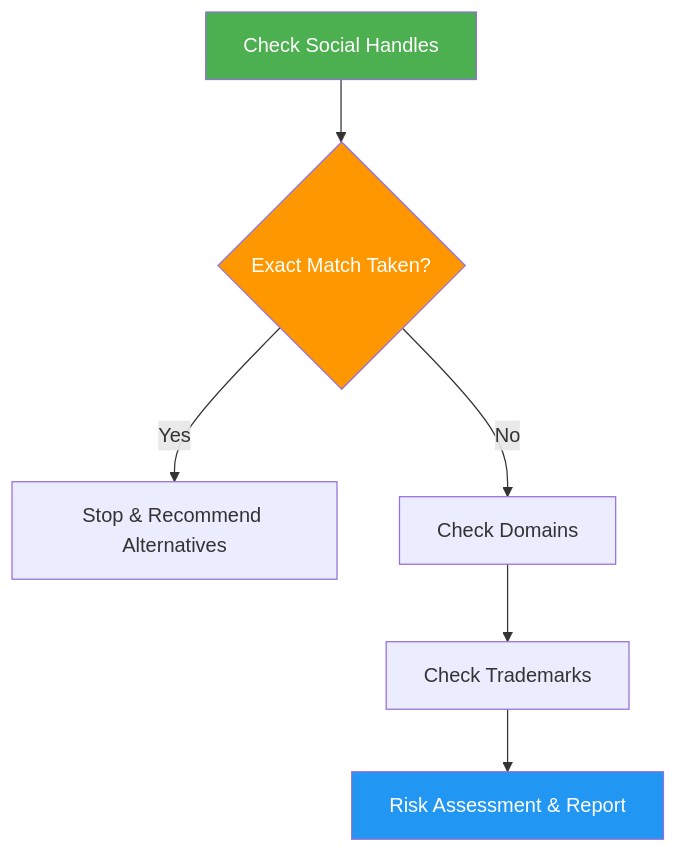
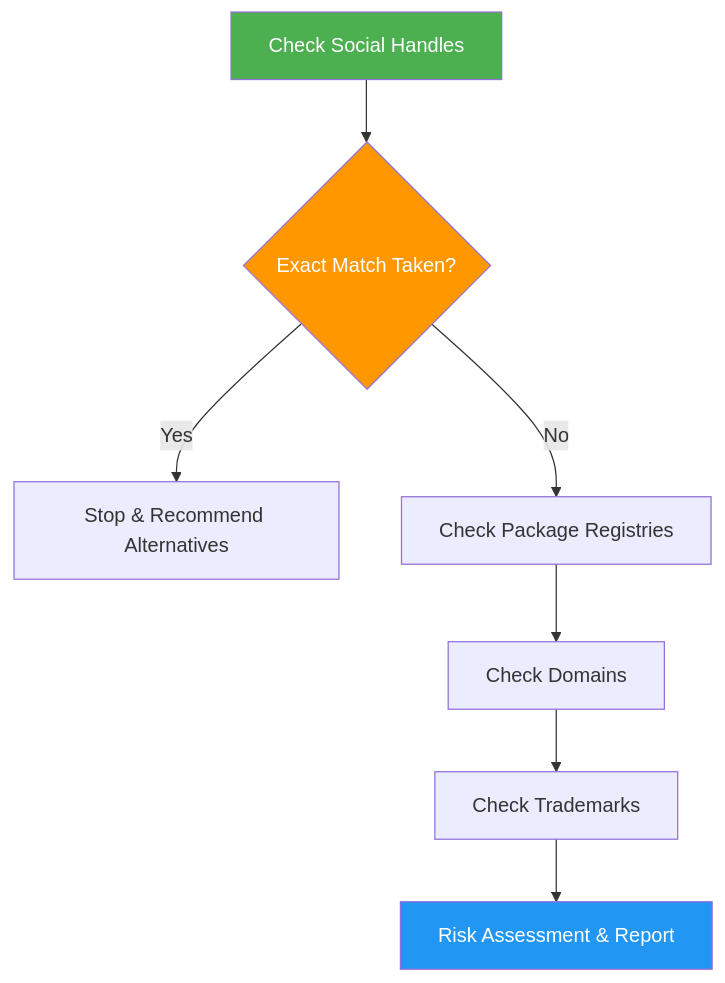
One commit to luongnv89/skills changed the diagram in skills/name-checker/README.md. Above: the diagram before and after it, drawn with Mermaid. The commit also changed other lines of this file and 1 other file, not shown here.

First line of the commit message:
feat(name-checker): add package registry checks (npm, PyPI, Homebrew, apt)

````diff
--- a/skills/name-checker/README.md
+++ b/skills/name-checker/README.md
@@ -22,11 +25,12 @@
 ```mermaid
 graph TD
     A["Check Social Handles"] --> B{"Exact Match Taken?"}
     B -->|Yes| C["Stop & Recommend Alternatives"]
-    B -->|No| D["Check Domains"]
-    D --> E["Check Trademarks"]
-    E --> F["Risk Assessment & Report"]
+    B -->|No| D["Check Package Registries"]
+    D --> E["Check Domains"]
+    E --> G["Check Trademarks"]
+    G --> H["Risk Assessment & Report"]
     style A fill:#4CAF50,color:#fff
     style B fill:#FF9800,color:#fff
-    style F fill:#2196F3,color:#fff
+    style H fill:#2196F3,color:#fff
 ```
````
